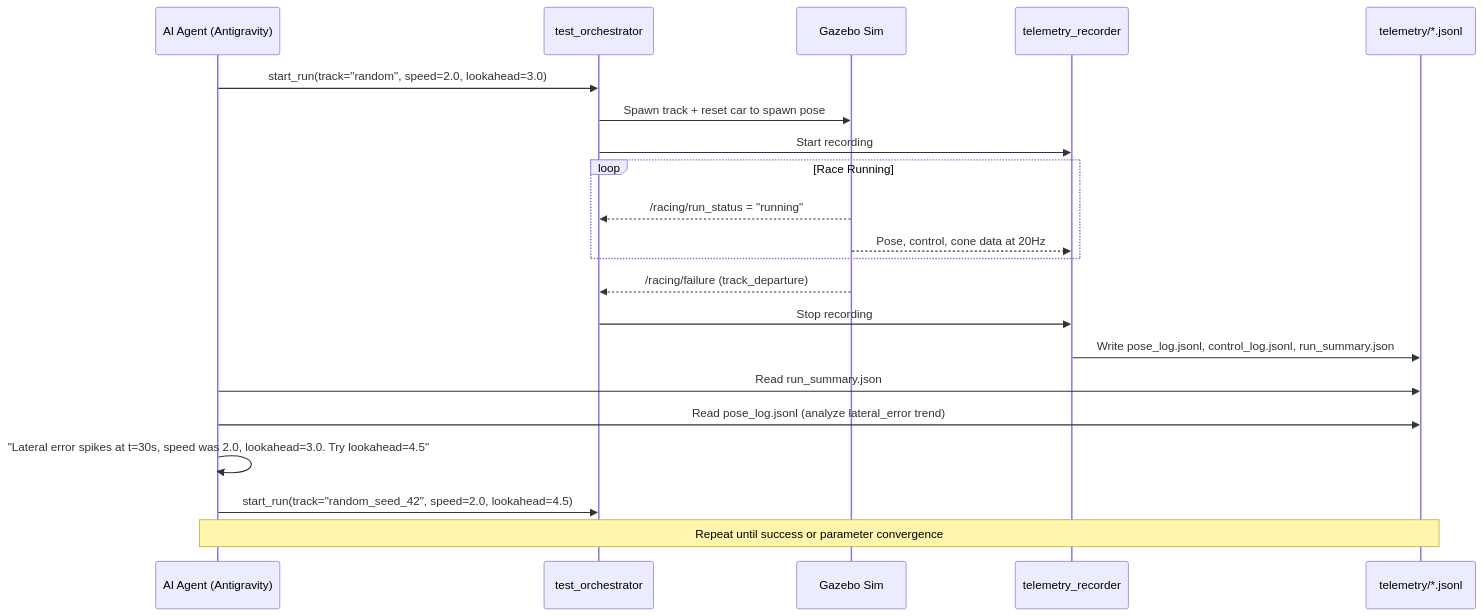
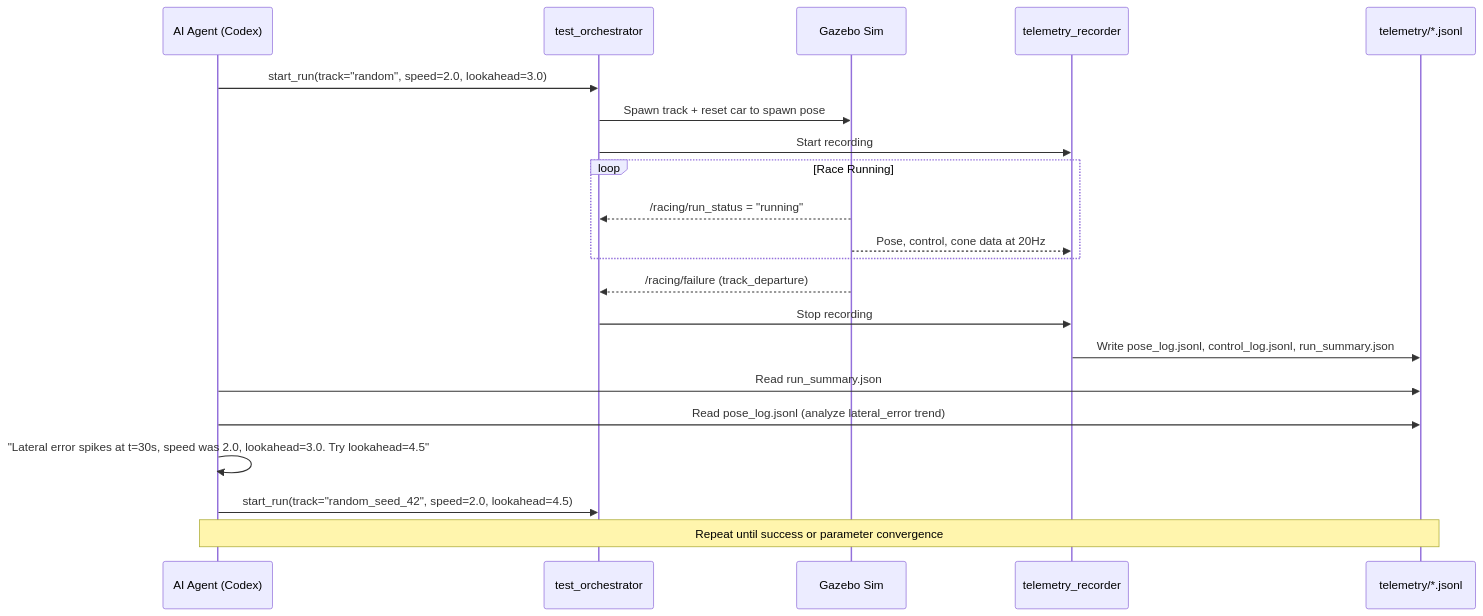
One commit to Kenneth-Ross/autonomous-gazebo-ros changed the second of 2 diagrams in docs/autonomous_racing_plan.md. Above: the diagram before and after it, drawn with Mermaid. The commit also changed other lines of this file and 180 other files, not shown here.

````diff
--- a/docs/autonomous_racing_plan.md
+++ b/docs/autonomous_racing_plan.md
@@ -340,28 +342,28 @@
 ```mermaid
 sequenceDiagram
-    participant Agent as AI Agent (Antigravity)
+    participant Agent as AI Agent (Codex)
     participant Orch as test_orchestrator
     participant Sim as Gazebo Sim
     participant Tel as telemetry_recorder
     participant Logs as telemetry/*.jsonl
 
     Agent->>Orch: start_run(track="random", speed=2.0, lookahead=3.0)
     Orch->>Sim: Spawn track + reset car to spawn pose
     Orch->>Tel: Start recording
     
     loop Race Running
         Sim-->>Orch: /racing/run_status = "running"
         Sim-->>Tel: Pose, control, cone data at 20Hz
     end
     
     Sim-->>Orch: /racing/failure (track_departure)
     Orch->>Tel: Stop recording
     Tel->>Logs: Write pose_log.jsonl, control_log.jsonl, run_summary.json
     
     Agent->>Logs: Read run_summary.json
     Agent->>Logs: Read pose_log.jsonl (analyze lateral_error trend)
     Agent->>Agent: "Lateral error spikes at t=30s, speed was 2.0, lookahead=3.0. Try lookahead=4.5"
     
     Agent->>Orch: start_run(track="random_seed_42", speed=2.0, lookahead=4.5)
     Note over Agent,Logs: Repeat until success or parameter convergence
 ```
````
